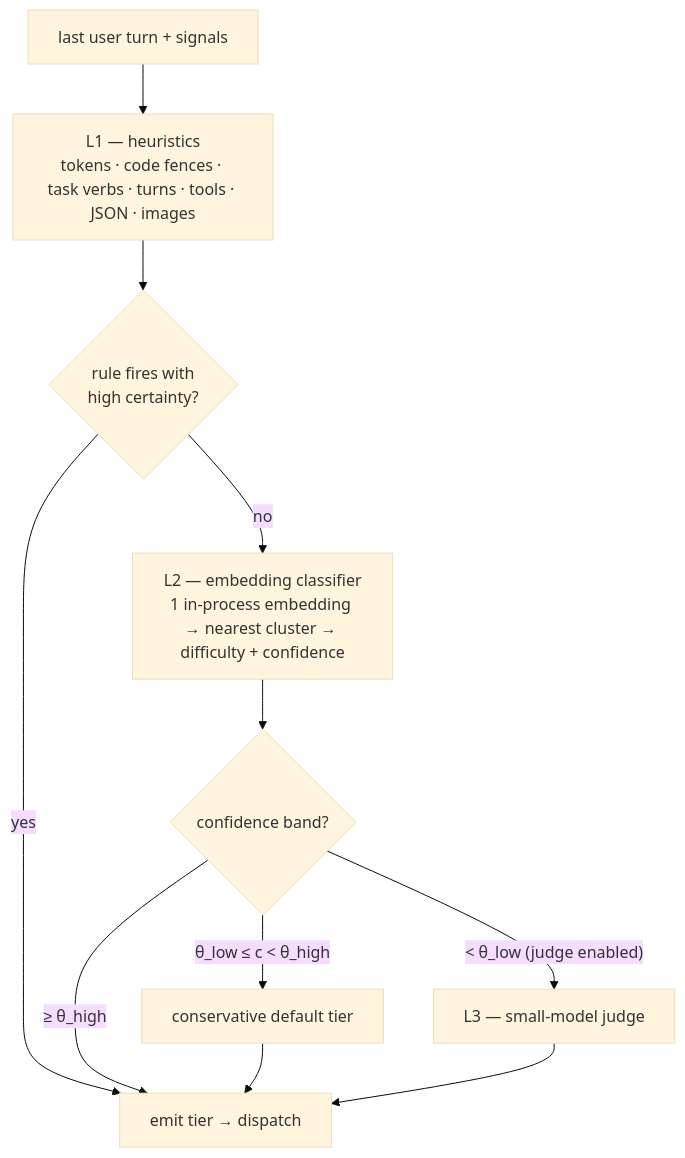
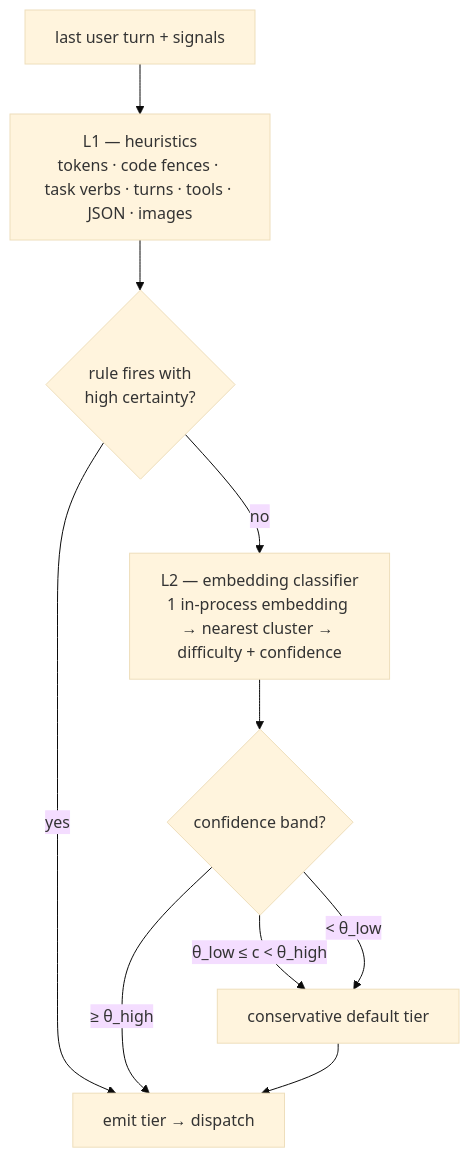
The second of 3 diagrams in docs/ARCHITECTURE.md (ngadakh/autoroute), drawn with Mermaid (base theme) before and after one commit. The commit also changed other lines of this file and 4 other files, not shown here.

````diff
--- a/docs/ARCHITECTURE.md
+++ b/docs/ARCHITECTURE.md
@@ -87,15 +84,15 @@
 ```mermaid
 flowchart TD
     in["last user turn + signals"] --> L1
 
     L1["L1 — heuristics<br/>tokens · code fences · task verbs · turns · tools · JSON · images"]
     L1 --> g1{"rule fires with<br/>high certainty?"}
     g1 -->|yes| emit["emit tier → dispatch"]
     g1 -->|no| L2
 
     L2["L2 — embedding classifier<br/>1 in-process embedding → nearest cluster → difficulty + confidence"]
     L2 --> g2{"confidence band?"}
     g2 -->|"≥ θ_high"| emit
     g2 -->|"θ_low ≤ c &lt; θ_high"| def["conservative default tier"] --> emit
-    g2 -->|"&lt; θ_low  (judge enabled)"| L3["L3 — small-model judge"] --> emit
+    g2 -->|"&lt; θ_low"| def
 ```
````
